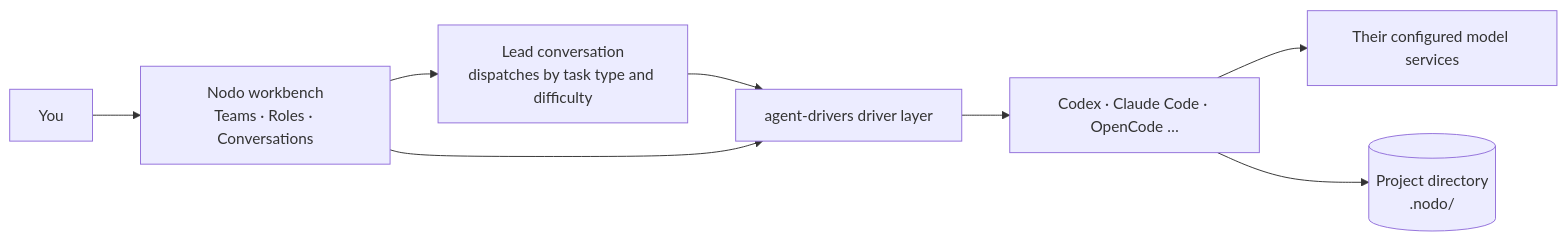
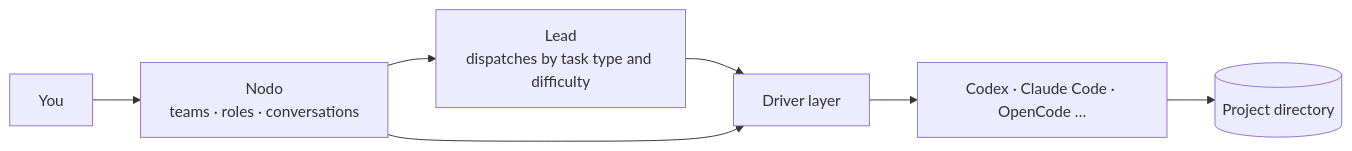
The diagram in README.en.md (waikoeng234/Nodo), drawn with Mermaid before and after one commit. The commit also changed other lines of this file and 10 other files, not shown here.

Commit message:
Rewrite the READMEs around a demo and a three-step flow, and fix stale driver docs

````diff
--- a/README.en.md
+++ b/README.en.md
@@ -83,10 +54,9 @@
 ```mermaid
 flowchart LR
-    U[You] --> N[Nodo workbench<br/>Teams · Roles · Conversations]
-    N --> L[Lead conversation<br/>dispatches by task type and difficulty]
-    L --> D[agent-drivers driver layer]
+    U[You] --> N[Nodo<br/>teams · roles · conversations]
+    N --> L[Lead<br/>dispatches by task type and difficulty]
+    L --> D[Driver layer]
     N --> D
     D --> A[Codex · Claude Code · OpenCode …]
-    A --> M[Their configured model services]
-    A --> P[(Project directory<br/>.nodo/)]
+    A --> P[(Project directory)]
 ```
````
